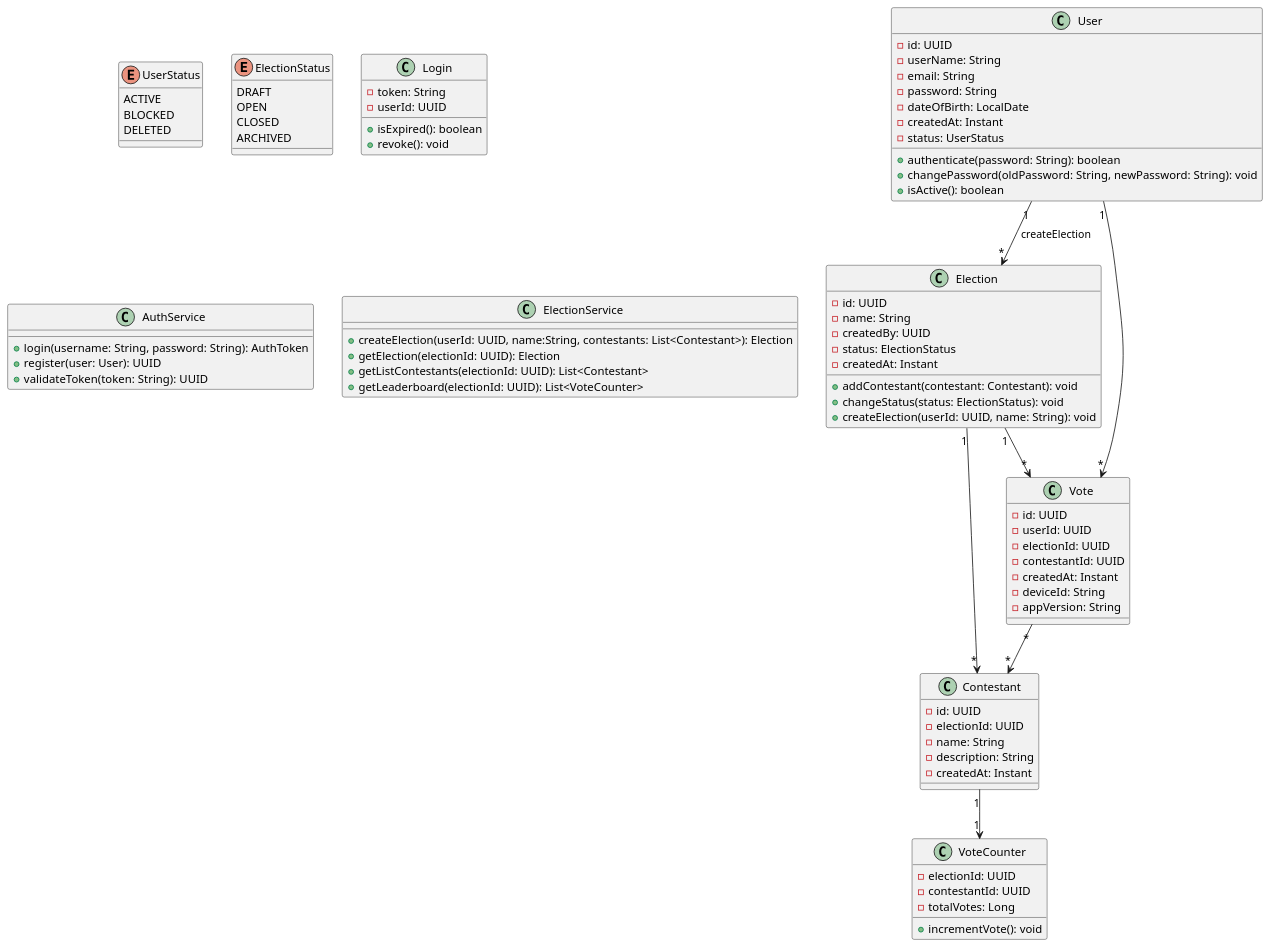
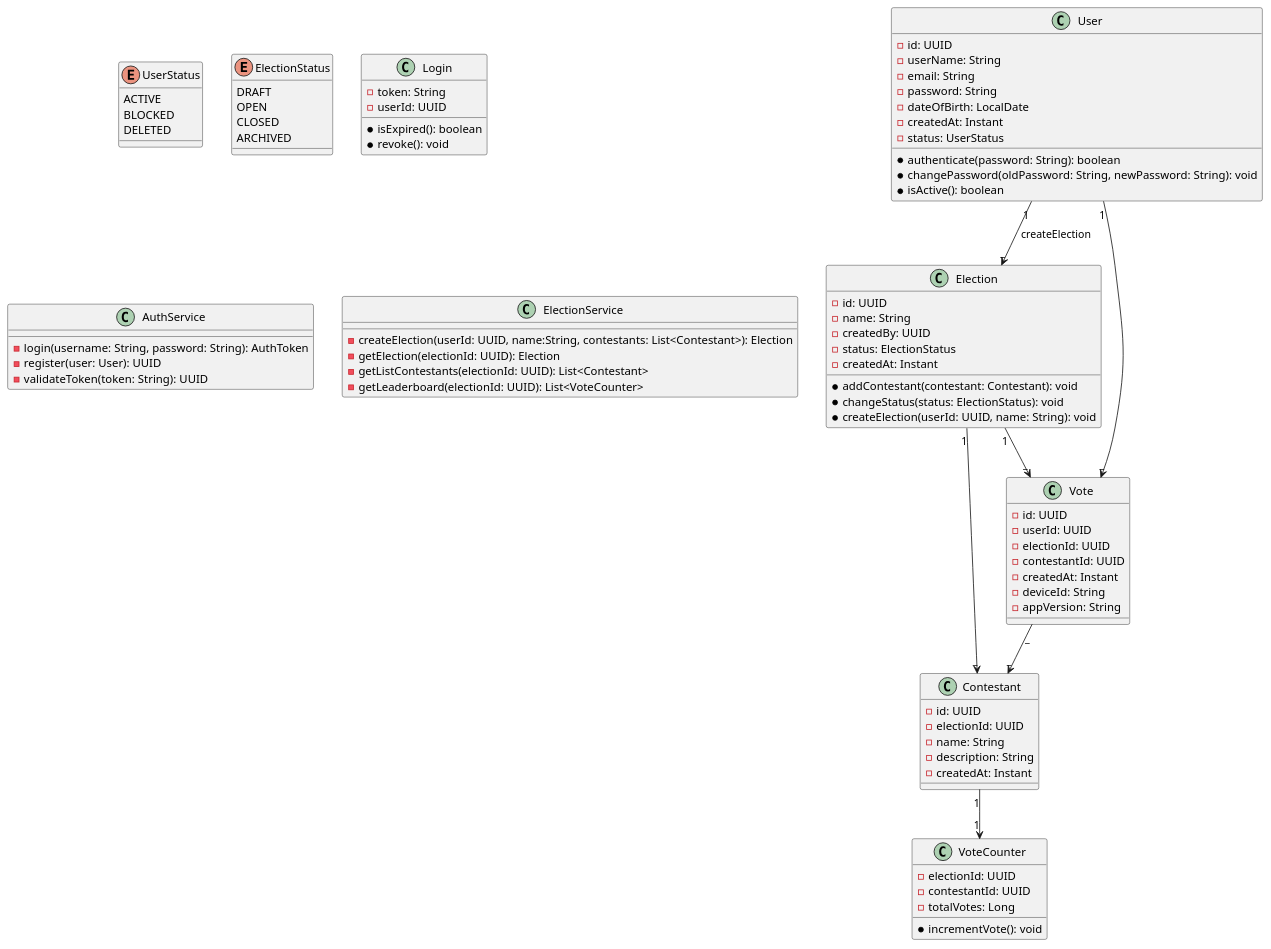
Before and after one commit to andreixmartins/arch-kata2: the diagram in README.md, drawn with PlantUML. The commit also changed other lines of this file, not shown here.

```diff
--- a/README.md
+++ b/README.md
@@ -1606,6 +1626,7 @@
 ' =========================
 
 class User {
+
 - id: UUID
 - userName: String
 - email: String
@@ -1614,24 +1635,26 @@
 - createdAt: Instant
 - status: UserStatus
 
-+ authenticate(password: String): boolean
-+ changePassword(oldPassword: String, newPassword: String): void
-+ isActive(): boolean
+* authenticate(password: String): boolean
+* changePassword(oldPassword: String, newPassword: String): void
+* isActive(): boolean
   }
 
 class Election {
+
 - id: UUID
 - name: String
 - createdBy: UUID
 - status: ElectionStatus
 - createdAt: Instant
 
-+ addContestant(contestant: Contestant): void
-+ changeStatus(status: ElectionStatus): void
-+ createElection(userId: UUID, name: String): void
+* addContestant(contestant: Contestant): void
+* changeStatus(status: ElectionStatus): void
+* createElection(userId: UUID, name: String): void
   }
 
 class Vote {
+
 - id: UUID
 - userId: UUID
 - electionId: UUID
@@ -1642,6 +1665,7 @@
   }
 
 class Contestant {
+
 - id: UUID
 - electionId: UUID
 - name: String
@@ -1650,19 +1674,21 @@
   }
 
 class VoteCounter {
+
 - electionId: UUID
 - contestantId: UUID
 - totalVotes: Long
 
-+ incrementVote(): void
+* incrementVote(): void
   }
 
 class Login {
+
 - token: String
 - userId: UUID
 
-+ isExpired(): boolean
-+ revoke(): void
+* isExpired(): boolean
+* revoke(): void
   }
 
 ' =========================
@@ -1670,30 +1696,29 @@
 ' =========================
 
 class AuthService {
-+ login(username: String, password: String): AuthToken
-+ register(user: User): UUID
-+ validateToken(token: String): UUID
+
+- login(username: String, password: String): AuthToken
+- register(user: User): UUID
+- validateToken(token: String): UUID
   }
 
 class ElectionService {
-+ createElection(userId: UUID, name:String, contestants: List<Contestant>): Election
-+ getElection(electionId: UUID): Election
-+ getListContestants(electionId: UUID): List<Contestant>
-+ getLeaderboard(electionId: UUID): List<VoteCounter>
+
+- createElection(userId: UUID, name:String, contestants: List<Contestant>): Election
+- getElection(electionId: UUID): Election
+- getListContestants(electionId: UUID): List<Contestant>
+- getLeaderboard(electionId: UUID): List<VoteCounter>
   }
-
 
 ' =========================
 ' RELATIONSHIPS
 ' =========================
 
-User "1" --> "*" Vote
-User "1" --> "*" Election : createElection
-Election "1" --> "*" Vote
-Election "1" --> "*" Contestant
-Vote "*" --> "*" Contestant
+User "1" --> "_" Vote
+User "1" --> "_" Election : createElection
+Election "1" --> "_" Vote
+Election "1" --> "_" Contestant
+Vote "_" --> "_" Contestant
 Contestant "1" --> "1" VoteCounter
 
-
-
 @enduml
```
